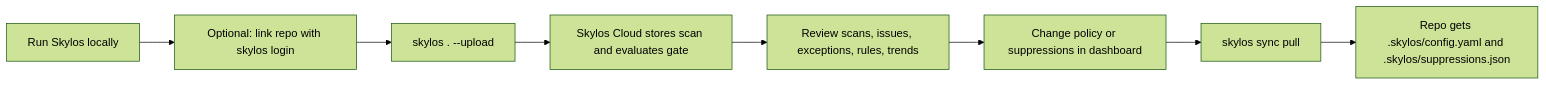
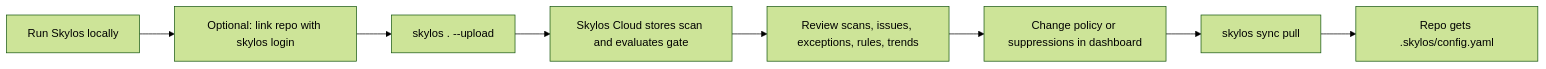
The diagram in docs/cloud.mdx (duriantaco/skylos-docs), drawn with Mermaid (forest theme) before and after one commit. The commit also changed other lines of this file and 59 other files, not shown here.

````diff
--- a/docs/cloud.mdx
+++ b/docs/cloud.mdx
@@ -95,10 +101,10 @@
 ```mermaid
 flowchart LR
     A[Run Skylos locally] --> B[Optional: link repo with skylos login]
     B --> C[skylos . --upload]
     C --> D[Skylos Cloud stores scan and evaluates gate]
     D --> E[Review scans, issues, exceptions, rules, trends]
     E --> F[Change policy or suppressions in dashboard]
     F --> G[skylos sync pull]
-    G --> H[Repo gets .skylos/config.yaml and .skylos/suppressions.json]
+    G --> H[Repo gets .skylos/config.yaml]
 ```
````
